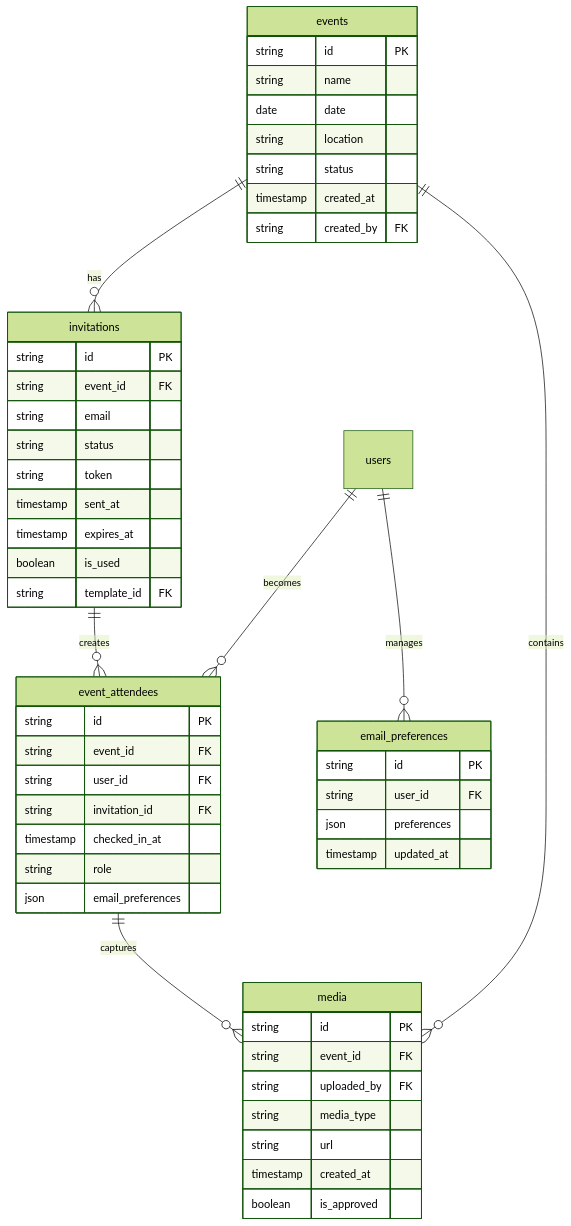
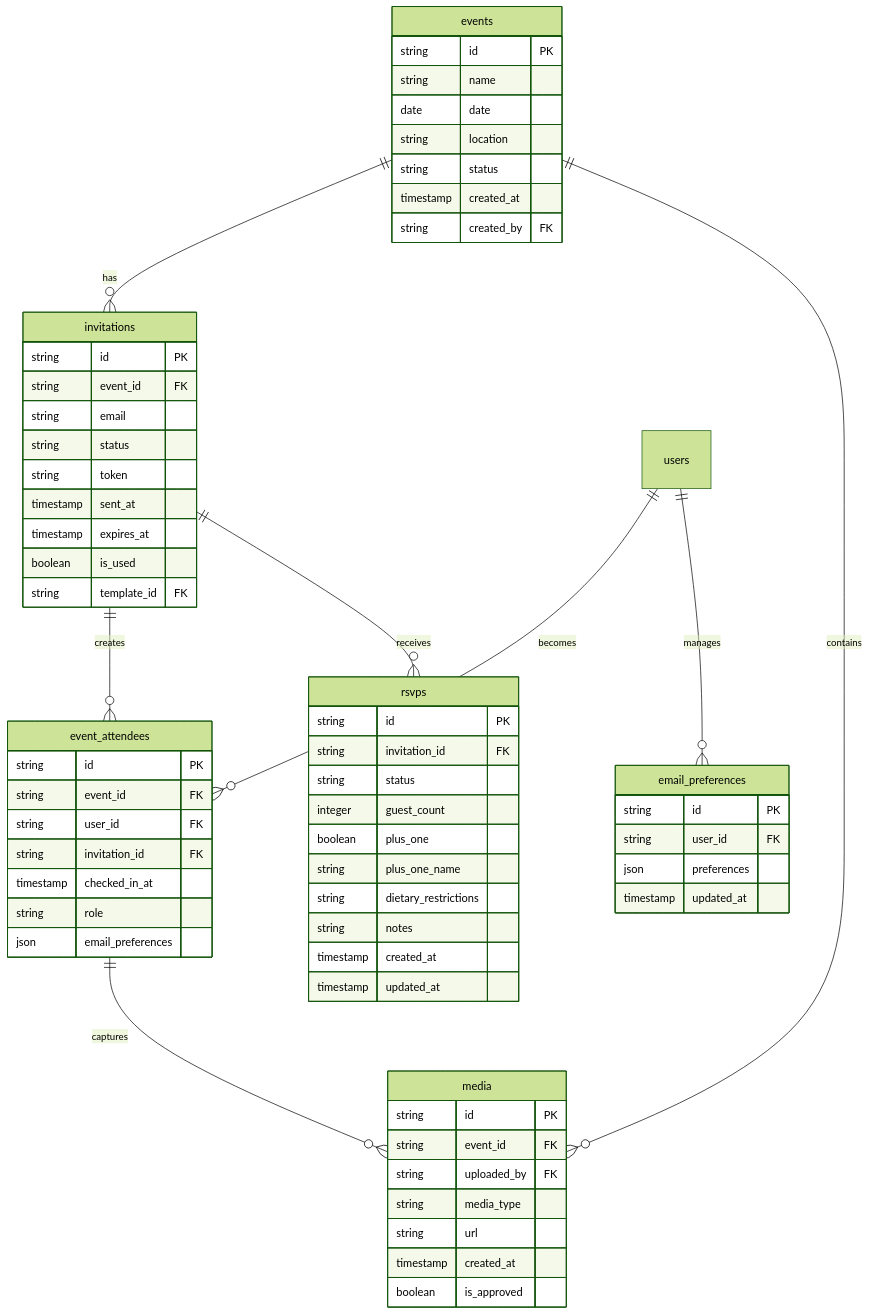
One commit to mrj0nesmtl/cloud-burst changed the diagram in docs/user-flows/invitation_system_development_plan.md. Above: the diagram before and after it, drawn with Mermaid (forest theme). The commit also changed other lines of this file and 17 other files, not shown here.

````diff
--- a/docs/user-flows/invitation_system_development_plan.md
+++ b/docs/user-flows/invitation_system_development_plan.md
@@ -113,58 +139,72 @@
 ```mermaid
 erDiagram
     events ||--o{ invitations : has
     invitations ||--o{ event_attendees : creates
     users ||--o{ event_attendees : becomes
     event_attendees ||--o{ media : captures
     events ||--o{ media : contains
     users ||--o{ email_preferences : manages
+    invitations ||--o{ rsvps : receives
     
     events {
         string id PK
         string name
         date date
         string location
         string status
         timestamp created_at
         string created_by FK
     }
     
     invitations {
         string id PK
         string event_id FK
         string email
         string status
         string token
         timestamp sent_at
         timestamp expires_at
         boolean is_used
         string template_id FK
     }
     
     event_attendees {
         string id PK
         string event_id FK
         string user_id FK
         string invitation_id FK
         timestamp checked_in_at
         string role
         json email_preferences
     }
     
     media {
         string id PK
         string event_id FK
         string uploaded_by FK
         string media_type
         string url
         timestamp created_at
         boolean is_approved
     }
     
     email_preferences {
         string id PK
         string user_id FK
         json preferences
         timestamp updated_at
     }
+    
+    rsvps {
+        string id PK
+        string invitation_id FK
+        string status
+        integer guest_count
+        boolean plus_one
+        string plus_one_name
+        string dietary_restrictions
+        string notes
+        timestamp created_at
+        timestamp updated_at
+    }
 ```
````
